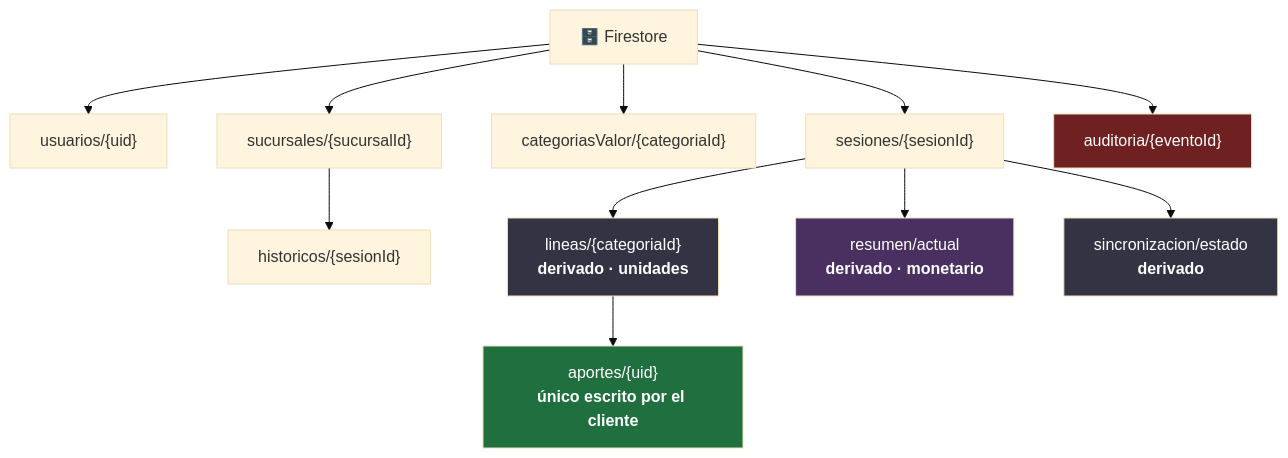
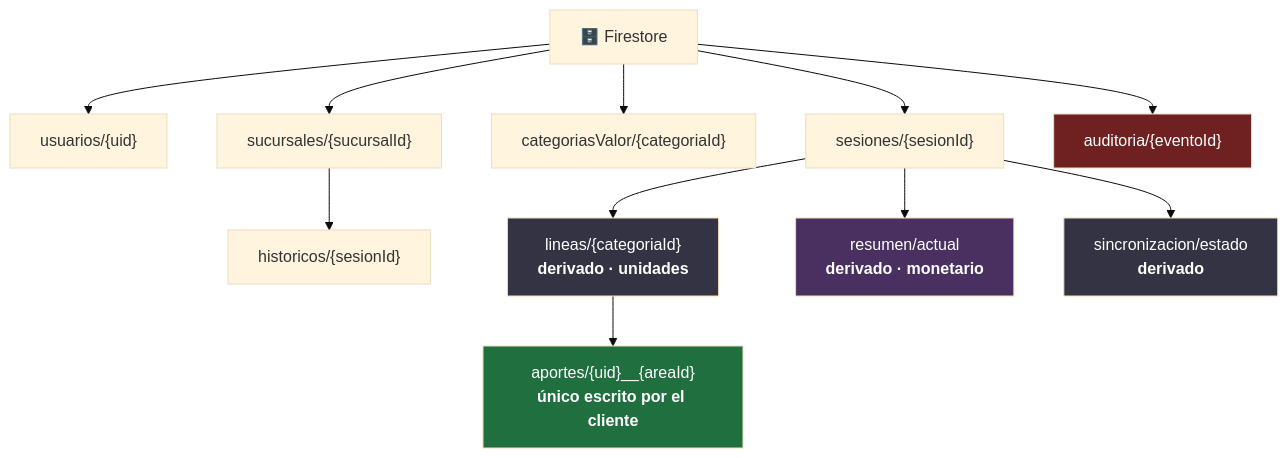
Before and after one commit to jab16jy/inventory-tally: the diagram in docs/diseno/04-modelo-de-datos-firestore.md, drawn with Mermaid (base theme). The commit also changed other lines of this file and 33 other files, not shown here.

````diff
--- a/docs/diseno/04-modelo-de-datos-firestore.md
+++ b/docs/diseno/04-modelo-de-datos-firestore.md
@@ -24,21 +24,21 @@
 ```mermaid
 flowchart TD
     R["🗄️ Firestore"]
     R --> U["usuarios/{uid}"]
     R --> S["sucursales/{sucursalId}"]
     R --> C["categoriasValor/{categoriaId}"]
     R --> SE["sesiones/{sesionId}"]
     R --> AU["auditoria/{eventoId}"]
 
     S --> H["historicos/{sesionId}"]
     SE --> L["lineas/{categoriaId}<br/><b>derivado · unidades</b>"]
     SE --> RS["resumen/actual<br/><b>derivado · monetario</b>"]
     SE --> SY["sincronizacion/estado<br/><b>derivado</b>"]
-    L --> AP["aportes/{uid}<br/><b>único escrito por el cliente</b>"]
+    L --> AP["aportes/{uid}__{areaId}<br/><b>único escrito por el cliente</b>"]
 
     style AP fill:#1f6f3f,color:#fff
     style L fill:#334,color:#fff
     style RS fill:#4a3060,color:#fff
     style SY fill:#334,color:#fff
     style AU fill:#6f2020,color:#fff
 ```
````
